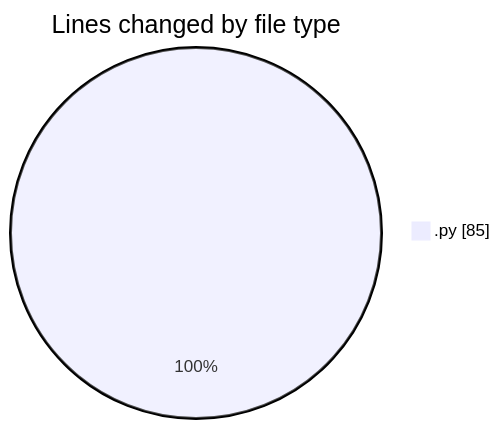
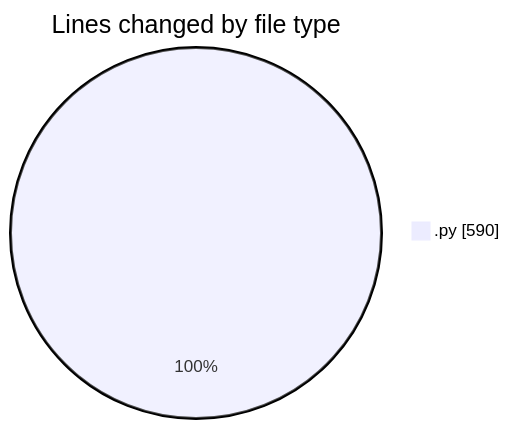
Before and after one commit to julien-gomy/code-tracking: the first of 2 diagrams in 2025-11-23/eventscop-api-guide__workspace_/README.md, drawn with Mermaid. The commit also changed other lines of this file and 1 other file, not shown here.

````diff
--- a/2025-11-23/eventscop-api-guide__workspace_/README.md
+++ b/2025-11-23/eventscop-api-guide__workspace_/README.md
@@ -21,5 +28,5 @@
 ```mermaid
 pie showData
 title Lines changed by file type
-".py" : 85
+".py" : 590
 ```
````
